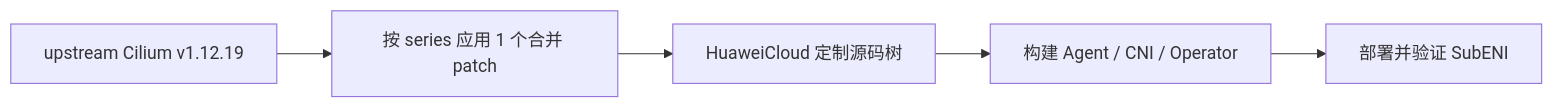
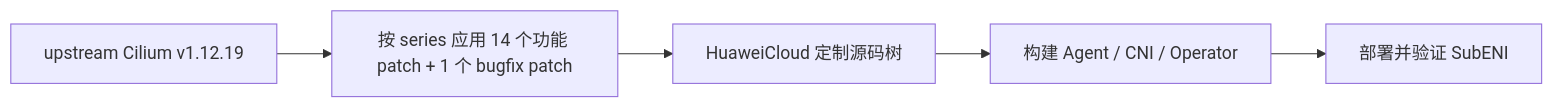
The diagram in README.md (lchany/huawei-cilium-plug), drawn with Mermaid before and after one commit. The commit also changed other lines of this file and 16 other files, not shown here.

````diff
--- a/README.md
+++ b/README.md
@@ -96,10 +110,10 @@
 ```mermaid
 flowchart LR
     base["upstream Cilium v1.12.19"]
-    patches["按 series 应用 1 个合并 patch"]
+    patches["按 series 应用 14 个功能 patch + 1 个 bugfix patch"]
     source["HuaweiCloud 定制源码树"]
     build["构建 Agent / CNI / Operator"]
     deploy["部署并验证 SubENI"]
 
     base --> patches --> source --> build --> deploy
 ```
````
